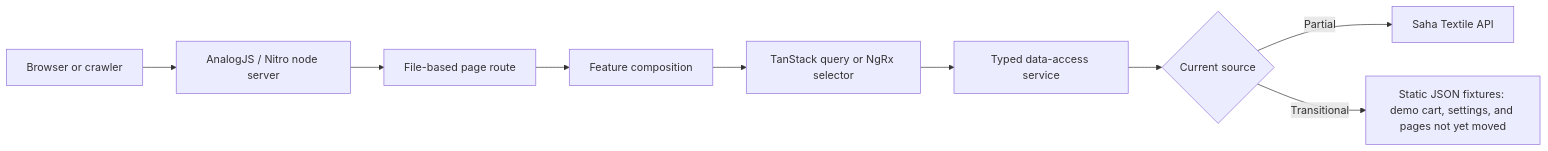
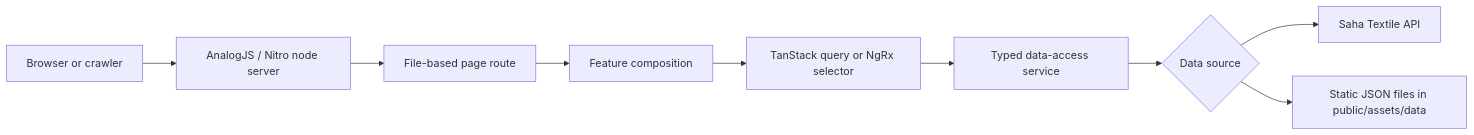
Before and after one commit to Kaizer-Systems/saha-textile: the diagram in docs/storefront/overview.md, drawn with Mermaid. The commit also changed other lines of this file and 92 other files, not shown here.

````diff
--- a/docs/storefront/overview.md
+++ b/docs/storefront/overview.md
@@ -29,11 +27,11 @@
 ```mermaid
 flowchart LR
     Browser["Browser or crawler"] --> Nitro["AnalogJS / Nitro node server"]
     Nitro --> Page["File-based page route"]
     Page --> Feature["Feature composition"]
     Feature --> Query["TanStack query or NgRx selector"]
     Query --> Service["Typed data-access service"]
-    Service --> Source{"Current source"}
-    Source -->|Partial| API["Saha Textile API"]
-    Source -->|Transitional| JSON["Static JSON fixtures: demo cart, settings, and pages not yet moved"]
+    Service --> Source{"Data source"}
+    Source --> API["Saha Textile API"]
+    Source --> JSON["Static JSON files in public/assets/data"]
 ```
````
